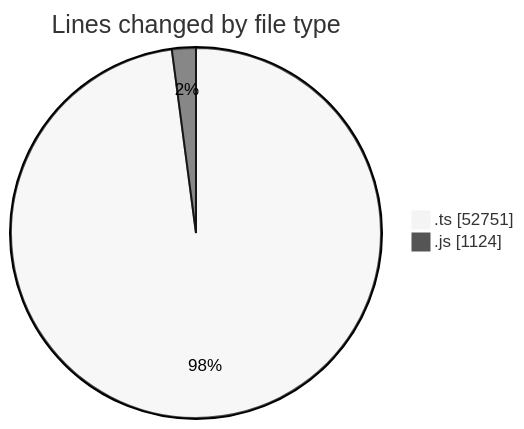
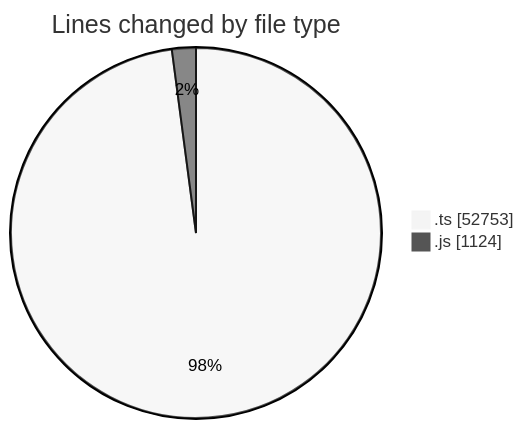
The first of 2 diagrams in 2026-10-23/cda/README.md (momahboobian/code-tracking), drawn with Mermaid (neutral theme) before and after one commit. The commit also changed other lines of this file and 1 other file, not shown here.

````diff
--- a/2026-10-23/cda/README.md
+++ b/2026-10-23/cda/README.md
@@ -34,6 +34,6 @@
 ```mermaid
 pie showData
 title Lines changed by file type
-".ts" : 52751
+".ts" : 52753
 ".js" : 1124
 ```
````
